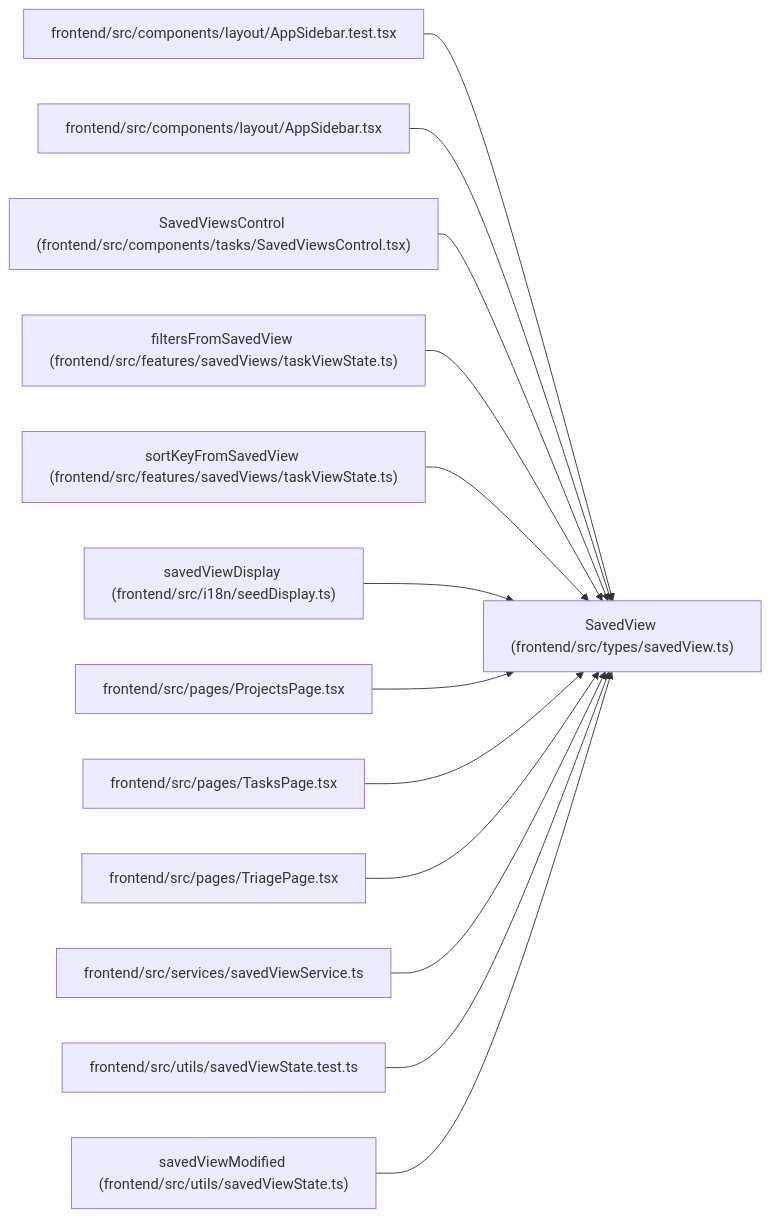
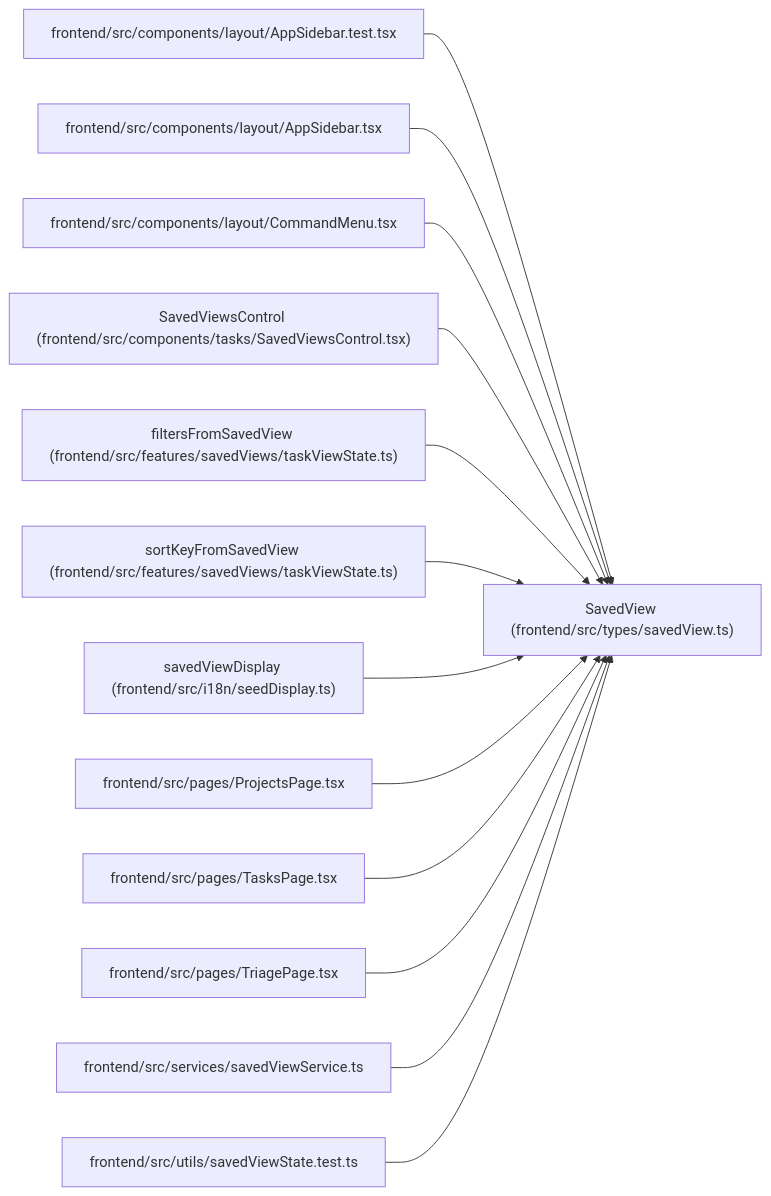
Before and after one commit to Denissvgn/WorkChord: the diagram in docs/llm_wiki/entities/savedView_SavedView.md, drawn with Mermaid. The commit also changed other lines of this file and 331 other files, not shown here.

````diff
--- a/docs/llm_wiki/entities/savedView_SavedView.md
+++ b/docs/llm_wiki/entities/savedView_SavedView.md
@@ -41,41 +41,41 @@
 ```mermaid
 flowchart LR
     n0["SavedView (frontend/src/types/savedView.ts)"]
     n1["frontend/src/components/layout/AppSidebar.test.tsx"]
     n2["frontend/src/components/layout/AppSidebar.tsx"]
-    n3["SavedViewsControl (frontend/src/components/tasks/SavedViewsControl.tsx)"]
-    n4["filtersFromSavedView (frontend/src/features/savedViews/taskViewState.ts)"]
-    n5["sortKeyFromSavedView (frontend/src/features/savedViews/taskViewState.ts)"]
-    n6["savedViewDisplay (frontend/src/i18n/seedDisplay.ts)"]
-    n7["frontend/src/pages/ProjectsPage.tsx"]
-    n8["frontend/src/pages/TasksPage.tsx"]
-    n9["frontend/src/pages/TriagePage.tsx"]
-    n10["frontend/src/services/savedViewService.ts"]
-    n11["frontend/src/utils/savedViewState.test.ts"]
-    n12["savedViewModified (frontend/src/utils/savedViewState.ts)"]
+    n3["frontend/src/components/layout/CommandMenu.tsx"]
+    n4["SavedViewsControl (frontend/src/components/tasks/SavedViewsControl.tsx)"]
+    n5["filtersFromSavedView (frontend/src/features/savedViews/taskViewState.ts)"]
+    n6["sortKeyFromSavedView (frontend/src/features/savedViews/taskViewState.ts)"]
+    n7["savedViewDisplay (frontend/src/i18n/seedDisplay.ts)"]
+    n8["frontend/src/pages/ProjectsPage.tsx"]
+    n9["frontend/src/pages/TasksPage.tsx"]
+    n10["frontend/src/pages/TriagePage.tsx"]
+    n11["frontend/src/services/savedViewService.ts"]
+    n12["frontend/src/utils/savedViewState.test.ts"]
     n1 --> n0
     n2 --> n0
     n3 --> n0
     n4 --> n0
     n5 --> n0
     n6 --> n0
     n7 --> n0
     n8 --> n0
     n9 --> n0
     n10 --> n0
     n11 --> n0
     n12 --> n0
     click n0 "../modules/savedView.md"
     click n1 "../modules/AppSidebar.test.md"
     click n2 "../modules/AppSidebar.md"
-    click n3 "../modules/SavedViewsControl.md"
-    click n4 "../modules/taskViewState.md"
+    click n3 "../modules/CommandMenu.md"
+    click n4 "../modules/SavedViewsControl.md"
     click n5 "../modules/taskViewState.md"
-    click n6 "../modules/seedDisplay.md"
-    click n7 "../modules/ProjectsPage.md"
-    click n8 "../modules/TasksPage.md"
-    click n9 "../modules/TriagePage.md"
-    click n10 "../modules/savedViewService.md"
-    click n11 "../modules/savedViewState.test.md"
-    click n12 "../modules/savedViewState.md"
+    click n6 "../modules/taskViewState.md"
+    click n7 "../modules/seedDisplay.md"
+    click n8 "../modules/ProjectsPage.md"
+    click n9 "../modules/TasksPage.md"
+    click n10 "../modules/TriagePage.md"
+    click n11 "../modules/savedViewService.md"
+    click n12 "../modules/savedViewState.test.md"
 ```
````
